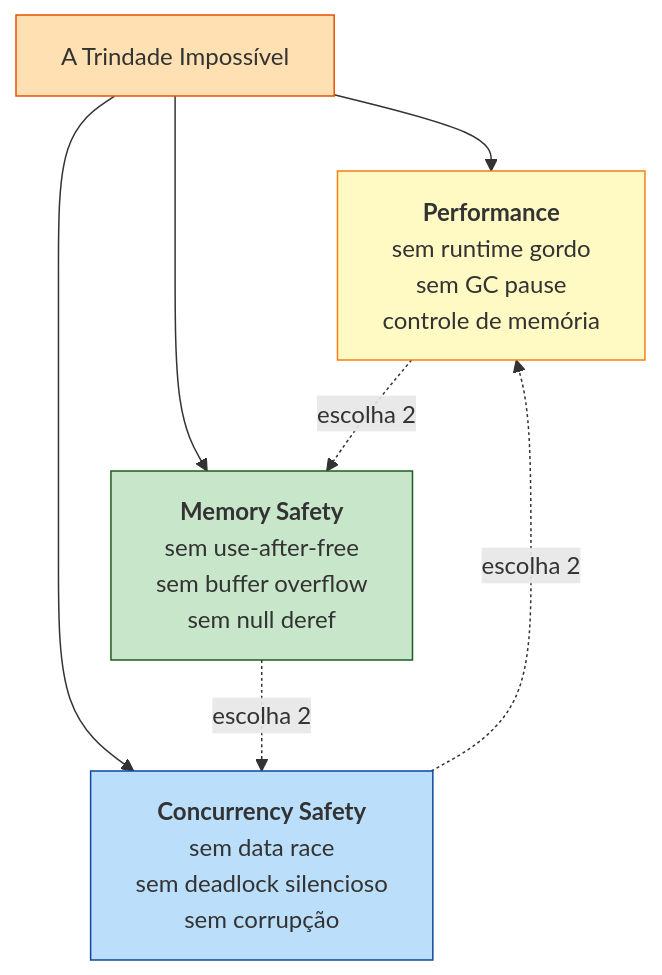
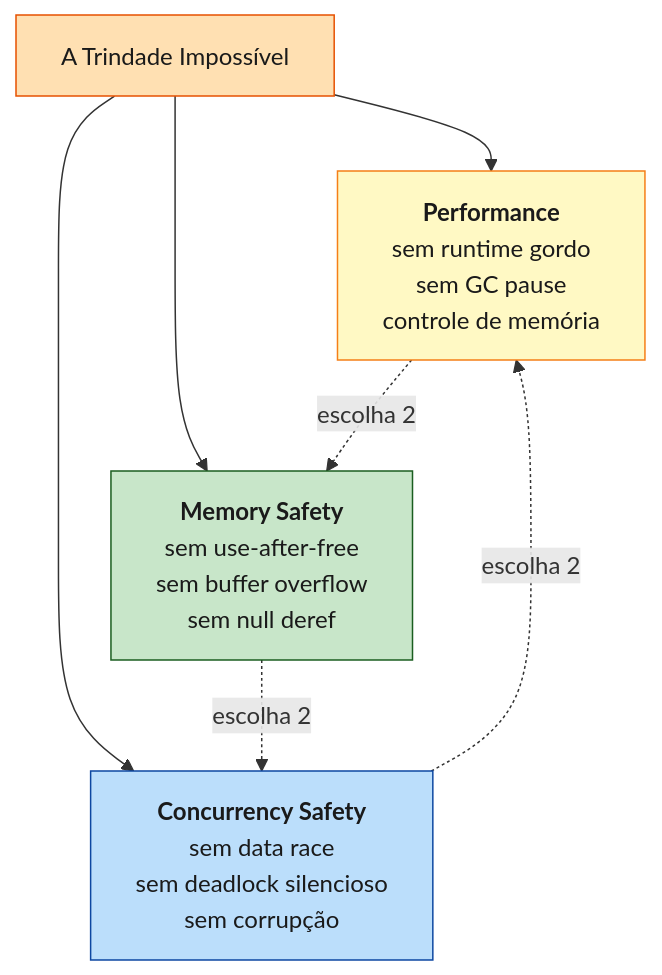
One commit to Felipeness/ferro-e-espirito changed the first of 2 diagrams in book/part-01-genesis/ch02-trindade-impossivel.md. Above: the diagram before and after it, drawn with Mermaid. The commit also changed other lines of this file and 56 other files, not shown here.

First line of the commit message:
fix: contraste de texto em diagramas mermaid

````diff
--- a/book/part-01-genesis/ch02-trindade-impossivel.md
+++ b/book/part-01-genesis/ch02-trindade-impossivel.md
@@ -22,17 +22,17 @@
 ```mermaid
 graph TB
     Tri["A Trindade Impossível"]
 
     Tri --> P["<b>Performance</b><br/>sem runtime gordo<br/>sem GC pause<br/>controle de memória"]
     Tri --> M["<b>Memory Safety</b><br/>sem use-after-free<br/>sem buffer overflow<br/>sem null deref"]
     Tri --> C["<b>Concurrency Safety</b><br/>sem data race<br/>sem deadlock silencioso<br/>sem corrupção"]
 
     P -.escolha 2.-> M
     M -.escolha 2.-> C
     C -.escolha 2.-> P
 
-    style P fill:#fff9c4,stroke:#f57f17
-    style M fill:#c8e6c9,stroke:#1b5e20
-    style C fill:#bbdefb,stroke:#0d47a1
-    style Tri fill:#ffe0b2,stroke:#e65100
+    style P fill:#fff9c4,stroke:#f57f17,color:#1a1a1a
+    style M fill:#c8e6c9,stroke:#1b5e20,color:#1a1a1a
+    style C fill:#bbdefb,stroke:#0d47a1,color:#1a1a1a
+    style Tri fill:#ffe0b2,stroke:#e65100,color:#1a1a1a
 ```
````
